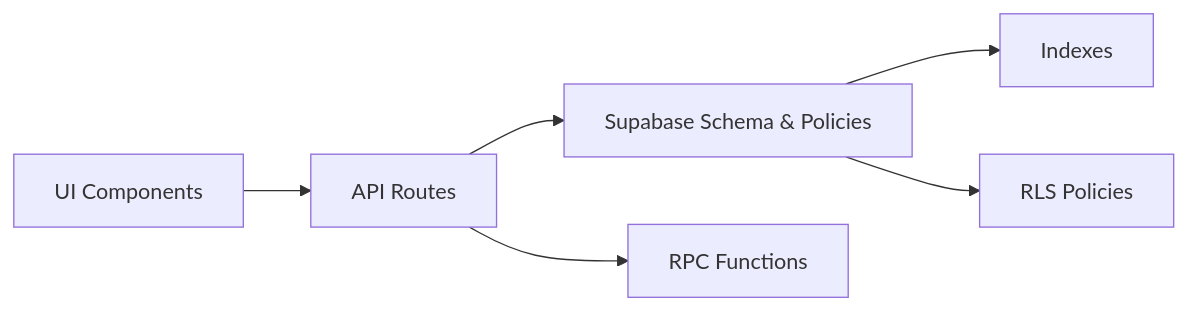
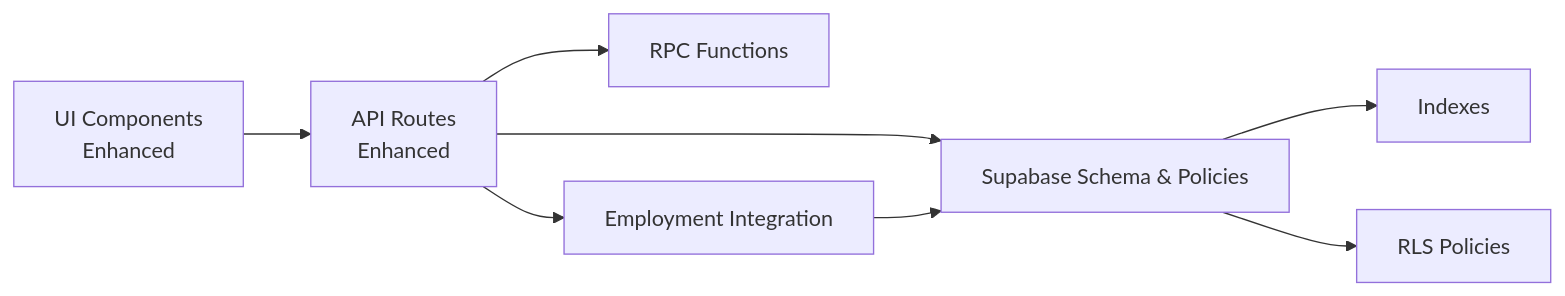
Before and after one commit to EdwinCycling/LiquidHR: the seventh of 7 diagrams in .qoder/repowiki/en/content/Administration/Master Data Management.md, drawn with Mermaid. The commit also changed other lines of this file and 26 other files, not shown here.

````diff
--- a/.qoder/repowiki/en/content/Administration/Master Data Management.md
+++ b/.qoder/repowiki/en/content/Administration/Master Data Management.md
@@ -329,8 +350,10 @@
 ```mermaid
 graph LR
-UI["UI Components"] --> API["API Routes"]
+UI["UI Components<br/>Enhanced"] --> API["API Routes<br/>Enhanced"]
 API --> DB["Supabase Schema & Policies"]
 API --> RPC["RPC Functions"]
+API --> Employment["Employment Integration"]
 DB --> IDX["Indexes"]
 DB --> POL["RLS Policies"]
+Employment --> DB
 ```
````
